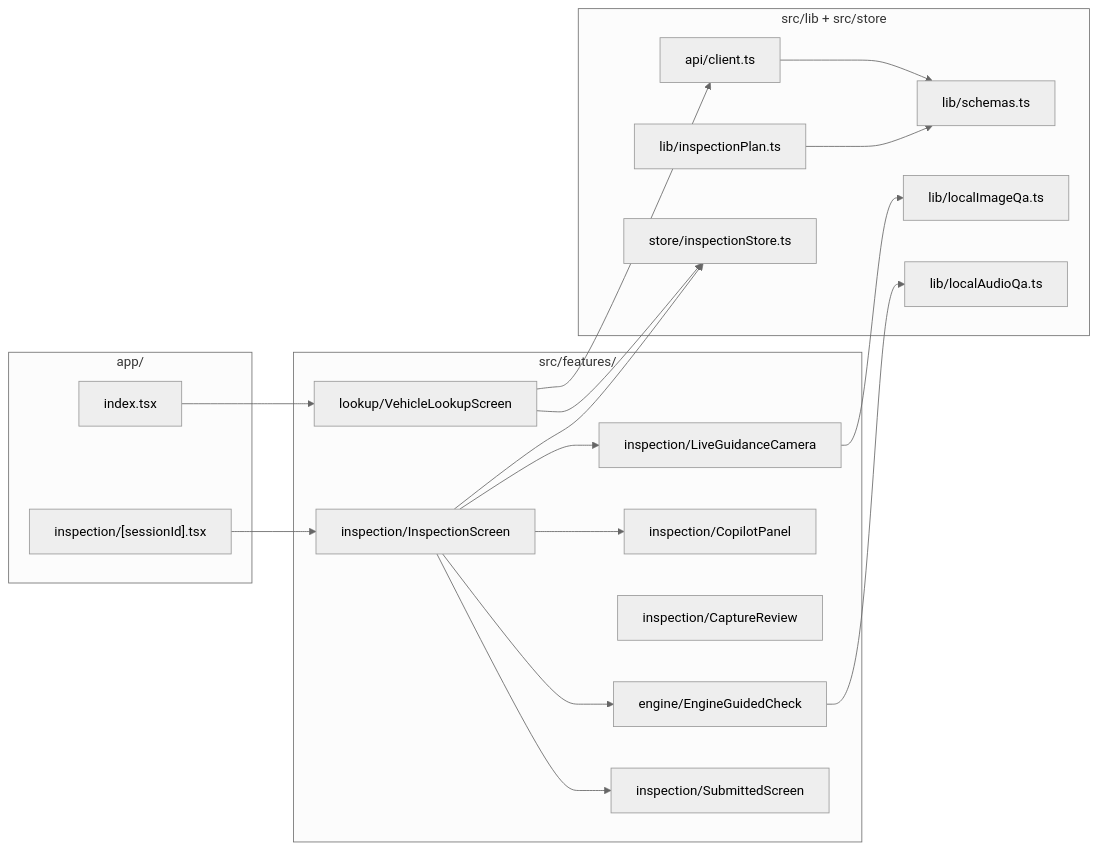
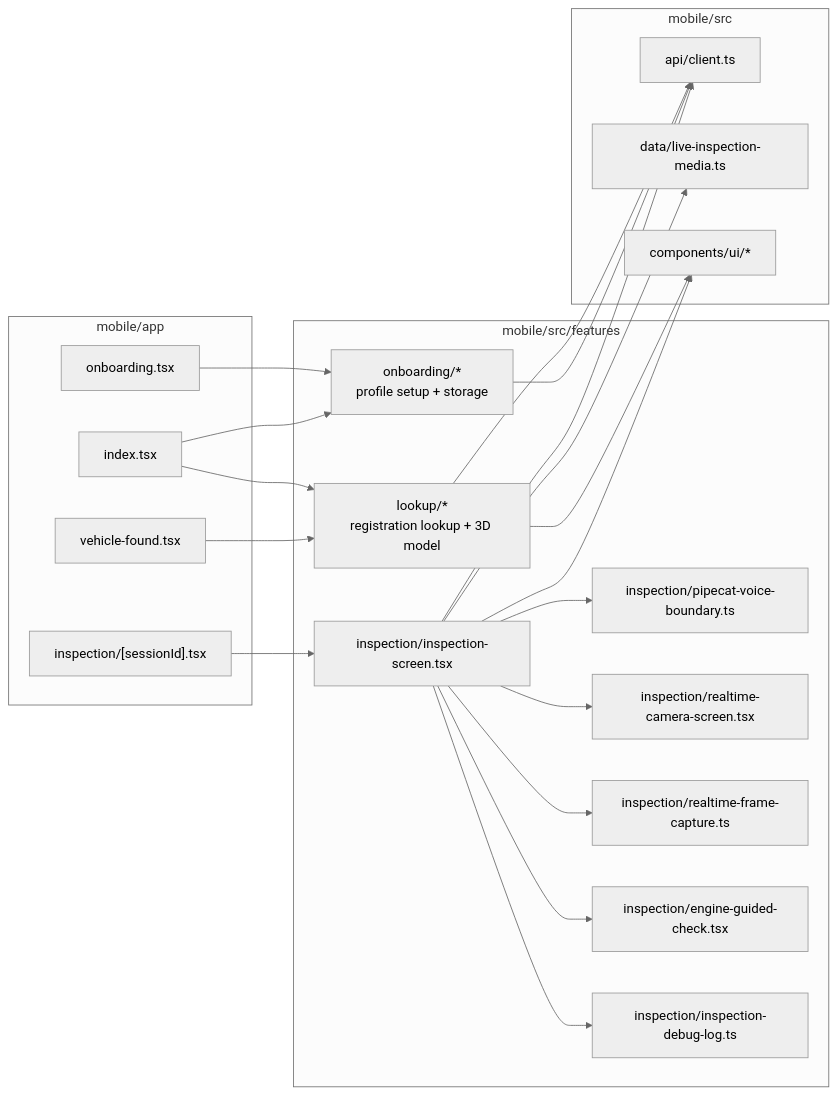
One commit to adityabhattad2021/Inspection-Copilot changed the fourth of 11 diagrams in ARCHITECTURE.md. Above: the diagram before and after it, drawn with Mermaid (neutral theme). The commit also changed other lines of this file, not shown here.

Commit message:
docs: update architecture md

````diff
--- a/ARCHITECTURE.md
+++ b/ARCHITECTURE.md
@@ -109,40 +174,43 @@
 ```mermaid
 flowchart LR
-  subgraph AppRoutes["app/"]
-    Index["index.tsx"]
+  subgraph Routes["mobile/app"]
+    OnboardingRoute["onboarding.tsx"]
+    IndexRoute["index.tsx"]
+    VehicleFoundRoute["vehicle-found.tsx"]
     InspectionRoute["inspection/[sessionId].tsx"]
   end
 
-  subgraph Features["src/features/"]
-    LookupScreen["lookup/VehicleLookupScreen"]
-    InspectionScreen["inspection/InspectionScreen"]
-    LiveCamera["inspection/LiveGuidanceCamera"]
-    CopilotPanel["inspection/CopilotPanel"]
-    CaptureReview["inspection/CaptureReview"]
-    EngineCheck["engine/EngineGuidedCheck"]
-    SubmittedScreen["inspection/SubmittedScreen"]
+  subgraph Features["mobile/src/features"]
+    Onboarding["onboarding/*<br/>profile setup + storage"]
+    Lookup["lookup/*<br/>registration lookup + 3D model"]
+    Inspection["inspection/inspection-screen.tsx"]
+    VoiceBoundary["inspection/pipecat-voice-boundary.ts"]
+    CameraScreen["inspection/realtime-camera-screen.tsx"]
+    FrameCapture["inspection/realtime-frame-capture.ts"]
+    Engine["inspection/engine-guided-check.tsx"]
+    DebugLog["inspection/inspection-debug-log.ts"]
   end
 
-  subgraph Core["src/lib + src/store"]
-    ApiClient["api/client.ts"]
-    Schemas["lib/schemas.ts"]
-    PlanBuilder["lib/inspectionPlan.ts"]
-    LocalImageQA["lib/localImageQa.ts"]
-    LocalAudioQA["lib/localAudioQa.ts"]
-    Store["store/inspectionStore.ts"]
+  subgraph Core["mobile/src"]
+    Api["api/client.ts"]
+    Media["data/live-inspection-media.ts"]
+    UI["components/ui/*"]
   end
 
-  Index --> LookupScreen
-  InspectionRoute --> InspectionScreen
-  LookupScreen --> ApiClient
-  InspectionScreen --> LiveCamera
-  InspectionScreen --> CopilotPanel
-  InspectionScreen --> EngineCheck
-  InspectionScreen --> SubmittedScreen
-  LiveCamera --> LocalImageQA
-  EngineCheck --> LocalAudioQA
-  LookupScreen --> Store
-  InspectionScreen --> Store
-  ApiClient --> Schemas
-  PlanBuilder --> Schemas
+  OnboardingRoute --> Onboarding
+  IndexRoute --> Onboarding
+  IndexRoute --> Lookup
+  VehicleFoundRoute --> Lookup
+  InspectionRoute --> Inspection
+  Inspection --> VoiceBoundary
+  Inspection --> CameraScreen
+  Inspection --> FrameCapture
+  Inspection --> Engine
+  Inspection --> DebugLog
+  Inspection --> Media
+  Lookup --> Api
+  Onboarding --> Api
+  Inspection --> Api
+  Lookup --> UI
+  Inspection --> UI
 ```
````
